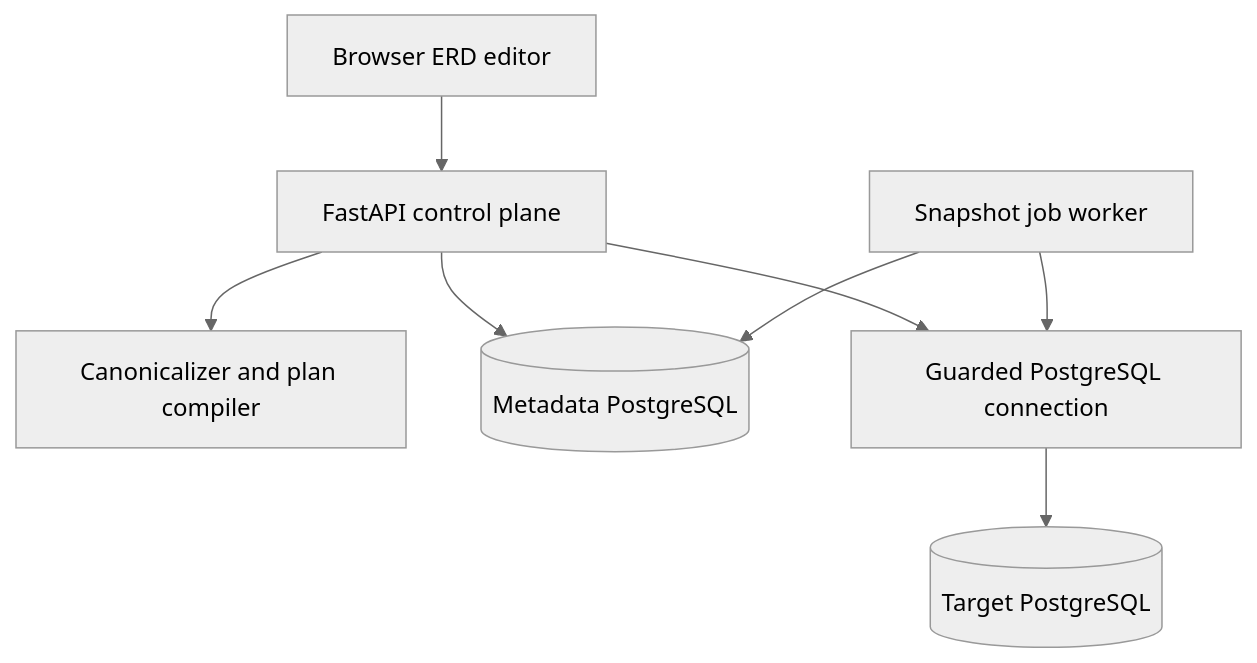
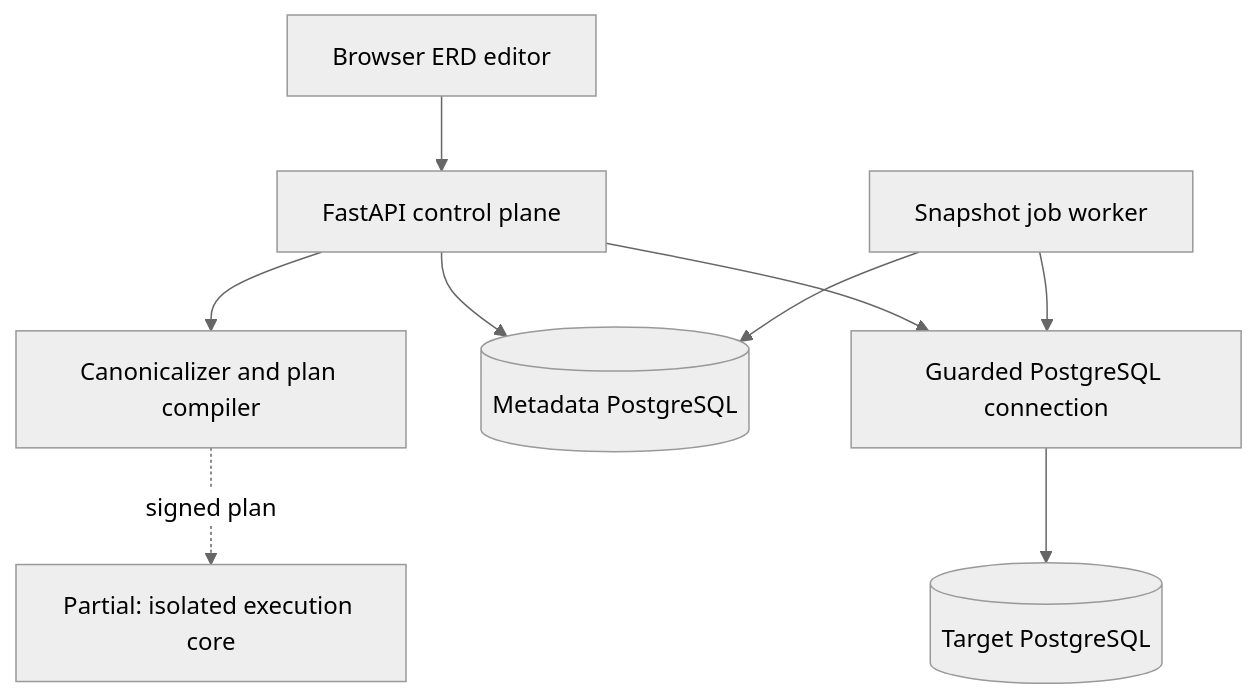
The first of 6 diagrams in docs/UML.md (ContextualWisdomLab/pg-erd-cloud), drawn with Mermaid (neutral theme) before and after one commit. The commit also changed other lines of this file and 14 other files, not shown here.

Commit message:
feat: execute signed plans in isolated sandbox

````diff
--- a/docs/UML.md
+++ b/docs/UML.md
@@ -28,10 +30,11 @@
 ```mermaid
 flowchart TB
   Browser["Browser ERD editor"] --> API["FastAPI control plane"]
   API --> Authority["Canonicalizer and plan compiler"]
   API --> Metadata[("Metadata PostgreSQL")]
   API --> Guard["Guarded PostgreSQL connection"]
+  Authority -. signed plan .-> SandboxCore["Partial: isolated execution core"]
   SnapshotWorker["Snapshot job worker"] --> Metadata
   SnapshotWorker --> Guard
   Guard --> Target[("Target PostgreSQL")]
 ```
````
